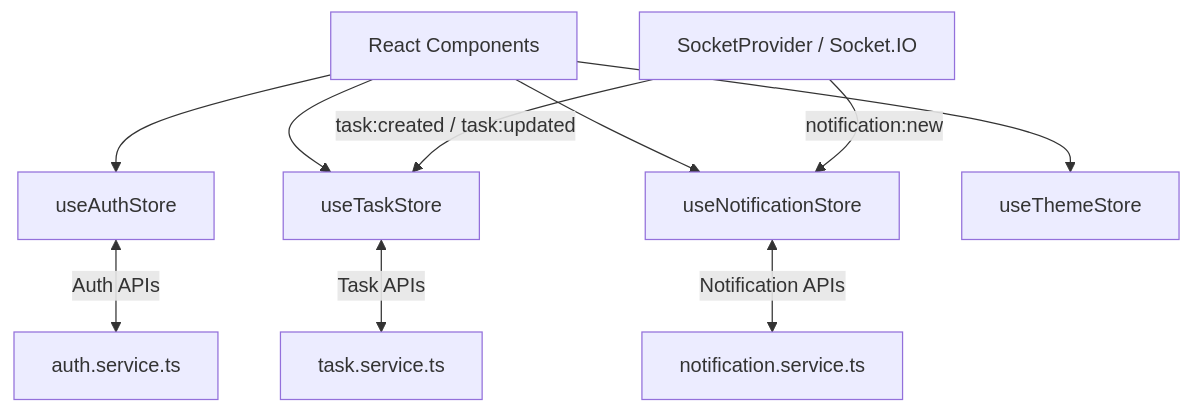
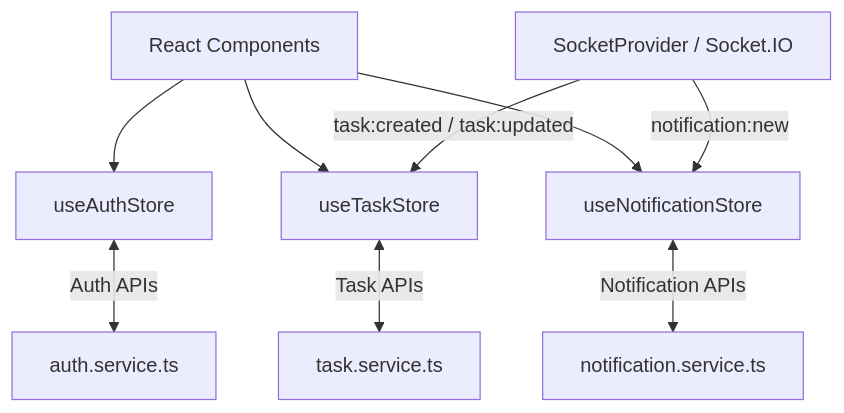
Before and after one commit to vivekgupta2004/Real-Time-Task-Board-with-AI-Assisted-Suggestions: the first of 2 diagrams in client/README.md, drawn with Mermaid. The commit also changed other lines of this file and 2 other files, not shown here.

````diff
--- a/client/README.md
+++ b/client/README.md
@@ -113,14 +115,13 @@
 ```mermaid
 graph TD
     UI[React Components] --> AuthStore[useAuthStore]
     UI --> TaskStore[useTaskStore]
     UI --> NotifStore[useNotificationStore]
-    UI --> ThemeStore[useThemeStore]
 
     AuthStore <-->|Auth APIs| AuthAPI[auth.service.ts]
     TaskStore <-->|Task APIs| TaskAPI[task.service.ts]
     NotifStore <-->|Notification APIs| NotifAPI[notification.service.ts]
     
     Socket[SocketProvider / Socket.IO] -->|notification:new| NotifStore
     Socket -->|task:created / task:updated| TaskStore
 ```
````
